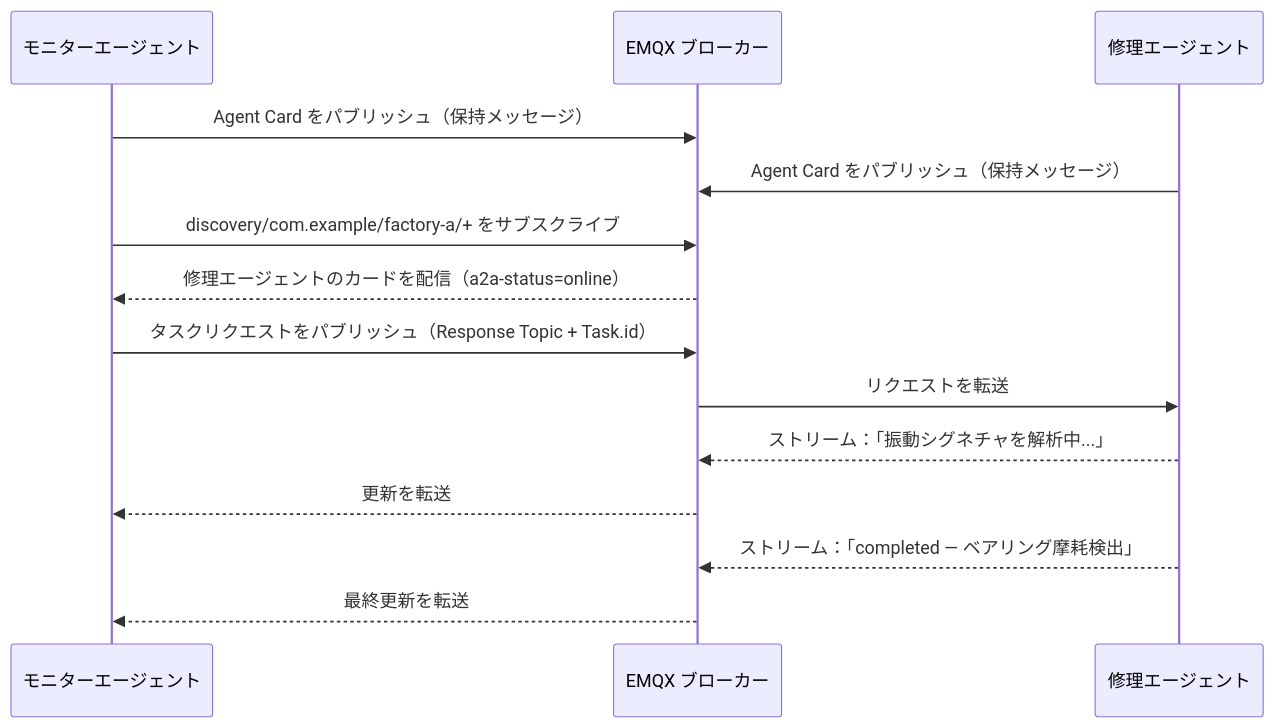
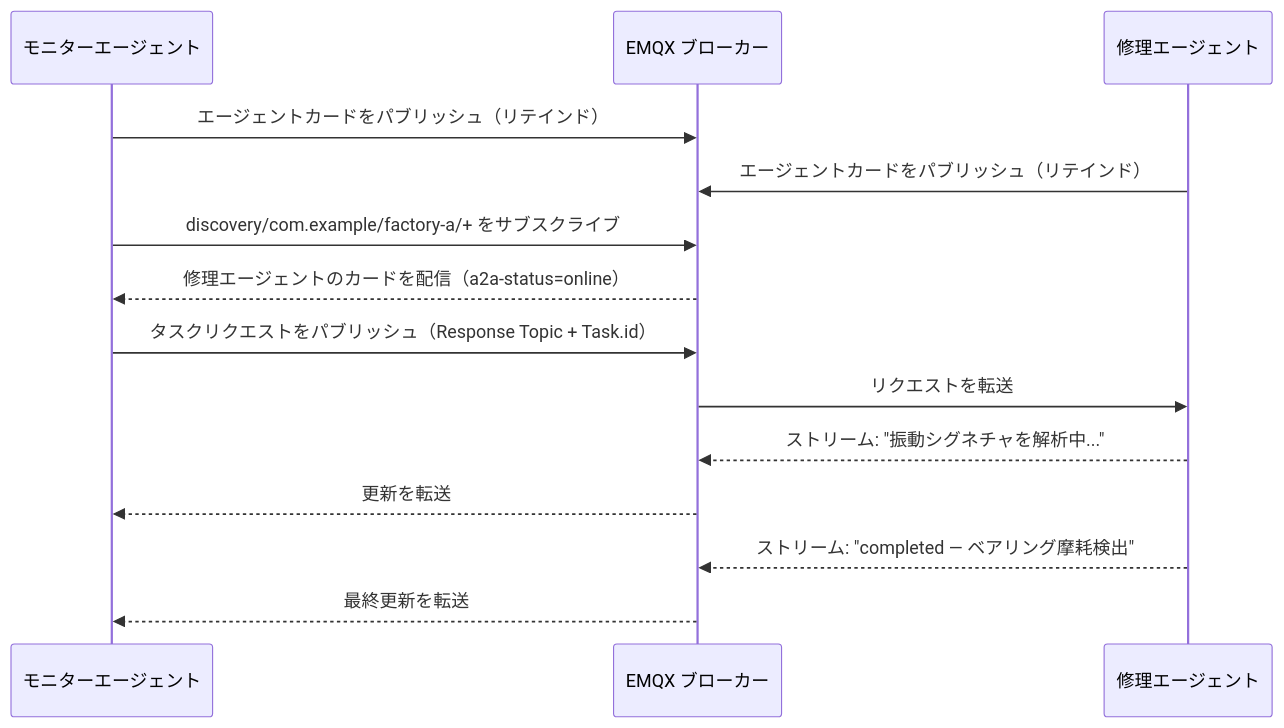
Before and after one commit to emqx/emqx-docs: the second of 2 diagrams in ja_JP/develop/emqx-ai/a2a-over-mqtt/architecture.md, drawn with Mermaid. The commit also changed other lines of this file and 425 other files, not shown here.

````diff
--- a/ja_JP/develop/emqx-ai/a2a-over-mqtt/architecture.md
+++ b/ja_JP/develop/emqx-ai/a2a-over-mqtt/architecture.md
@@ -153,17 +153,17 @@
 ```mermaid
 sequenceDiagram
     participant M as モニターエージェント
     participant E as EMQX ブローカー
     participant R as 修理エージェント
 
-    M->>E: Agent Card をパブリッシュ（保持メッセージ）
-    R->>E: Agent Card をパブリッシュ（保持メッセージ）
+    M->>E: エージェントカードをパブリッシュ（リテインド）
+    R->>E: エージェントカードをパブリッシュ（リテインド）
     M->>E: discovery/com.example/factory-a/+ をサブスクライブ
     E-->>M: 修理エージェントのカードを配信（a2a-status=online）
     M->>E: タスクリクエストをパブリッシュ（Response Topic + Task.id）
     E->>R: リクエストを転送
-    R-->>E: ストリーム：「振動シグネチャを解析中...」
+    R-->>E: ストリーム: "振動シグネチャを解析中..."
     E-->>M: 更新を転送
-    R-->>E: ストリーム：「completed — ベアリング摩耗検出」
+    R-->>E: ストリーム: "completed — ベアリング摩耗検出"
     E-->>M: 最終更新を転送
 ```
````
